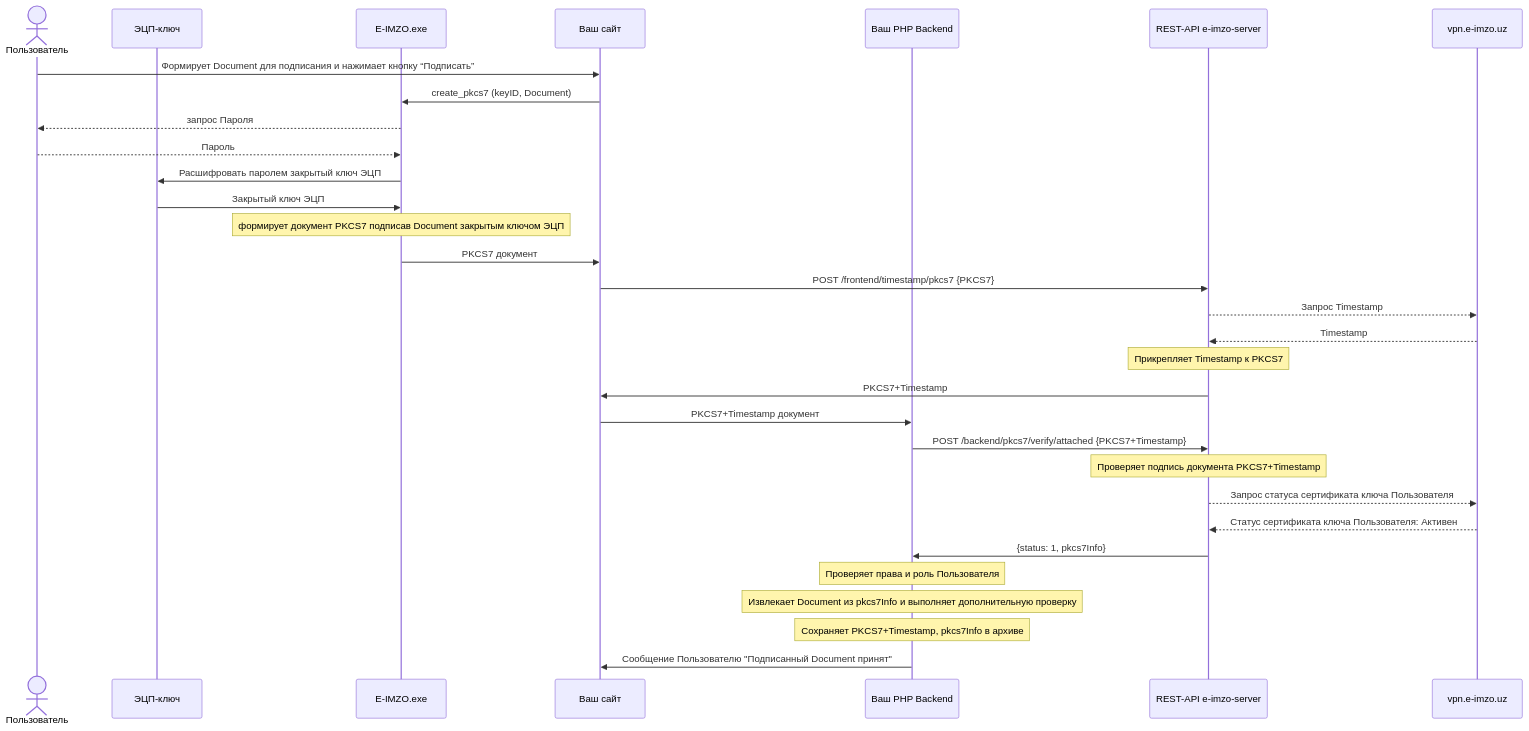
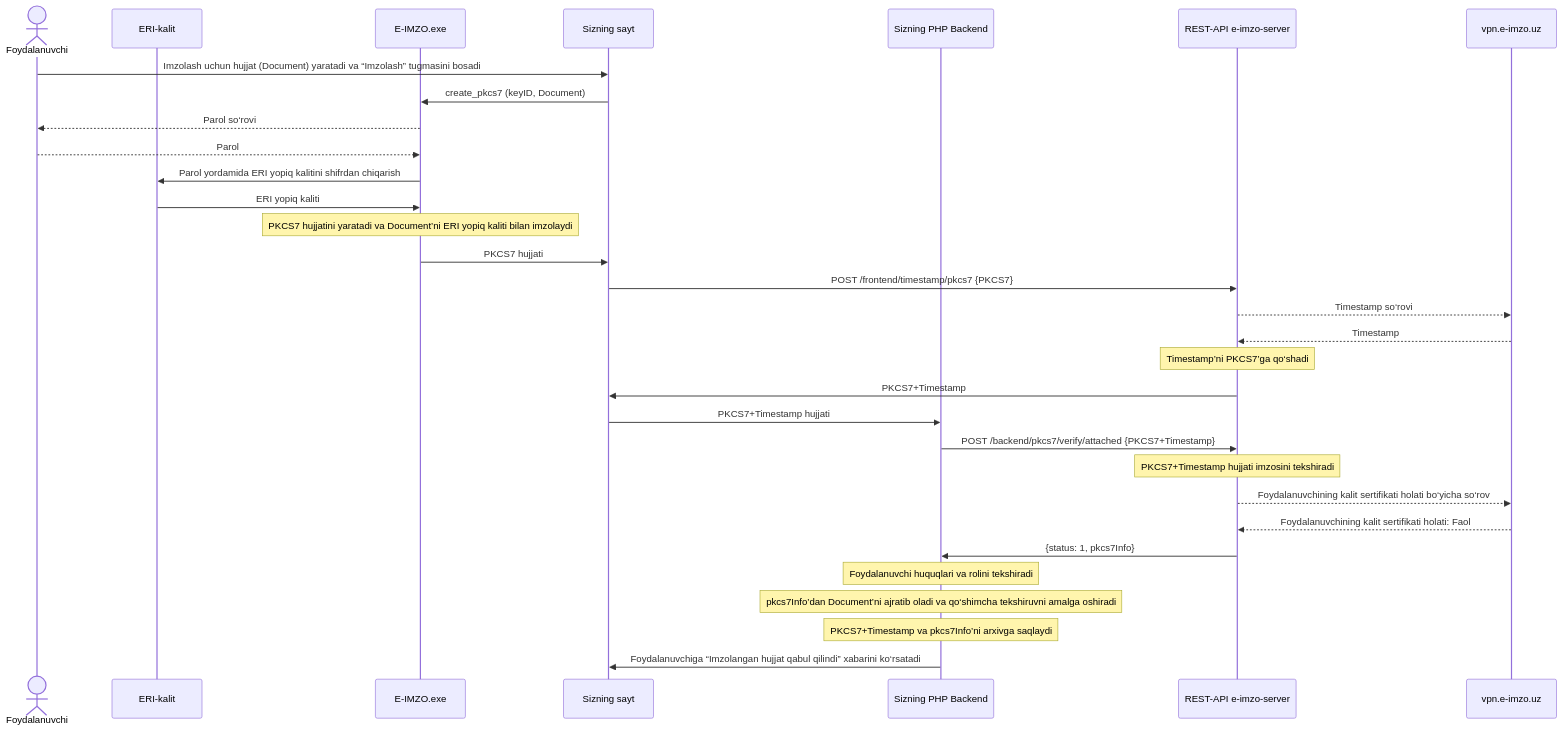
Before and after one commit to qo0p/e-imzo-doc: the second of 5 diagrams in README.md, drawn with Mermaid. The commit also changed other lines of this file, not shown here.

````diff
--- a/README.md
+++ b/README.md
@@ -57,36 +56,36 @@
 ```mermaid
 sequenceDiagram
-  actor user as Пользователь
-  participant key as ЭЦП-ключ
+  actor user as Foydalanuvchi
+  participant key as ERI-kalit
   participant eimzo as E-IMZO.exe
-  participant frontend as Ваш сайт
-  participant backend as Ваш PHP Backend
+  participant frontend as Sizning sayt
+  participant backend as Sizning PHP Backend
   participant rest as REST-API e-imzo-server
   participant vpn as vpn.e-imzo.uz
 
-  user ->> frontend: Формирует Document для подписания и нажимает кнопку “Подписать”
+  user ->> frontend: Imzolash uchun hujjat (Document) yaratadi va “Imzolash” tugmasini bosadi
   frontend ->> eimzo: create_pkcs7 (keyID, Document) 
-  eimzo -->> user: запрос Пароля
-  user -->> eimzo: Пароль
-  eimzo ->> key: Расшифровать паролем закрытый ключ ЭЦП
-  key ->> eimzo: Закрытый ключ ЭЦП  
-  Note over eimzo: формирует документ PKCS7 подписав Document закрытым ключом ЭЦП
-  eimzo ->> frontend: PKCS7 документ 
+  eimzo -->> user: Parol so‘rovi
+  user -->> eimzo: Parol
+  eimzo ->> key: Parol yordamida ERI yopiq kalitini shifrdan chiqarish
+  key ->> eimzo: ERI yopiq kaliti  
+  Note over eimzo: PKCS7 hujjatini yaratadi va Document’ni ERI yopiq kaliti bilan imzolaydi
+  eimzo ->> frontend: PKCS7 hujjati 
   frontend ->> rest: POST /frontend/timestamp/pkcs7 {PKCS7}
-  rest -->> vpn: Запрос Timestamp
+  rest -->> vpn: Timestamp so‘rovi
   vpn -->> rest: Timestamp
-  Note over rest: Прикрепляет Timestamp к PKCS7
+  Note over rest: Timestamp’ni PKCS7’ga qo‘shadi
   rest ->> frontend: PKCS7+Timestamp 
-  frontend ->> backend: PKCS7+Timestamp документ
+  frontend ->> backend: PKCS7+Timestamp hujjati
   backend ->> rest: POST /backend/pkcs7/verify/attached {PKCS7+Timestamp}
-  Note over rest: Проверяет подпись документа PKCS7+Timestamp
-  rest -->> vpn: Запрос статуса сертификата ключа Пользователя
-  vpn -->> rest: Статус сертификата ключа Пользователя: Активен
+  Note over rest: PKCS7+Timestamp hujjati imzosini tekshiradi
+  rest -->> vpn: Foydalanuvchining kalit sertifikati holati bo‘yicha so‘rov
+  vpn -->> rest: Foydalanuvchining kalit sertifikati holati: Faol
 
   rest ->> backend: {status: 1, pkcs7Info}
-  Note over backend: Проверяет права и роль Пользователя
-  Note over backend: Извлекает Document из pkcs7Info и выполняет дополнительную проверку
-  Note over backend: Сохраняет PKCS7+Timestamp, pkcs7Info в архиве
-  backend ->> frontend: Сообщение Пользователю "Подписанный Document принят"
+  Note over backend: Foydalanuvchi huquqlari va rolini tekshiradi
+  Note over backend: pkcs7Info’dan Document’ni ajratib oladi va qo‘shimcha tekshiruvni amalga oshiradi
+  Note over backend: PKCS7+Timestamp va pkcs7Info’ni arxivga saqlaydi
+  backend ->> frontend: Foydalanuvchiga “Imzolangan hujjat qabul qilindi” xabarini ko‘rsatadi
 
 ```
````
